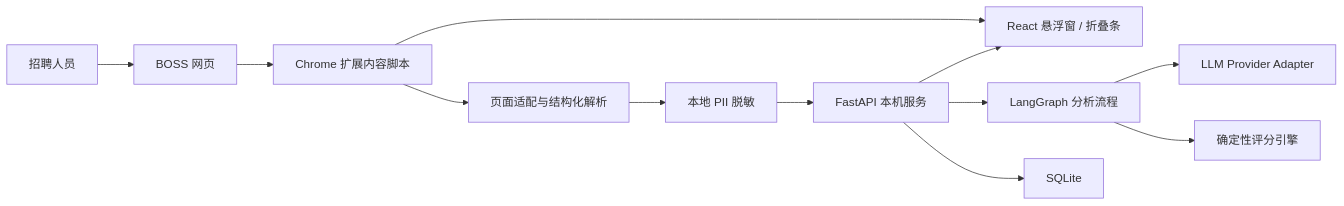
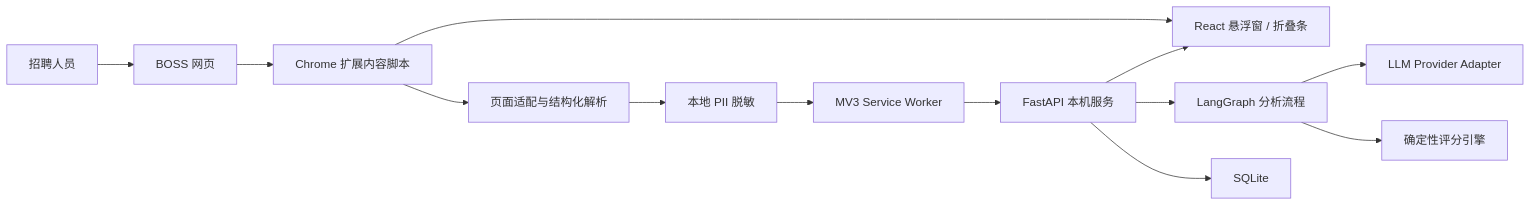
The diagram in docs/superpowers/specs/2026-07-28-ai-recruitment-copilot-design.md (EASONLEO0314/AI-Recruitment-Copilot), drawn with Mermaid before and after one commit. The commit also changed other lines of this file and 16 other files, not shown here.

Commit message:
fix: proxy local API through service worker

````diff
--- a/docs/superpowers/specs/2026-07-28-ai-recruitment-copilot-design.md
+++ b/docs/superpowers/specs/2026-07-28-ai-recruitment-copilot-design.md
@@ -77,14 +77,15 @@
 ```mermaid
 flowchart LR
     HR["招聘人员"] --> Page["BOSS 网页"]
     Page --> CS["Chrome 扩展内容脚本"]
     CS --> UI["React 悬浮窗 / 折叠条"]
     CS --> Parser["页面适配与结构化解析"]
     Parser --> Redactor["本地 PII 脱敏"]
-    Redactor --> API["FastAPI 本机服务"]
+    Redactor --> SW["MV3 Service Worker"]
+    SW --> API["FastAPI 本机服务"]
     API --> Flow["LangGraph 分析流程"]
     Flow --> Provider["LLM Provider Adapter"]
     Flow --> Score["确定性评分引擎"]
     API --> DB["SQLite"]
     API --> UI
 ```
````
